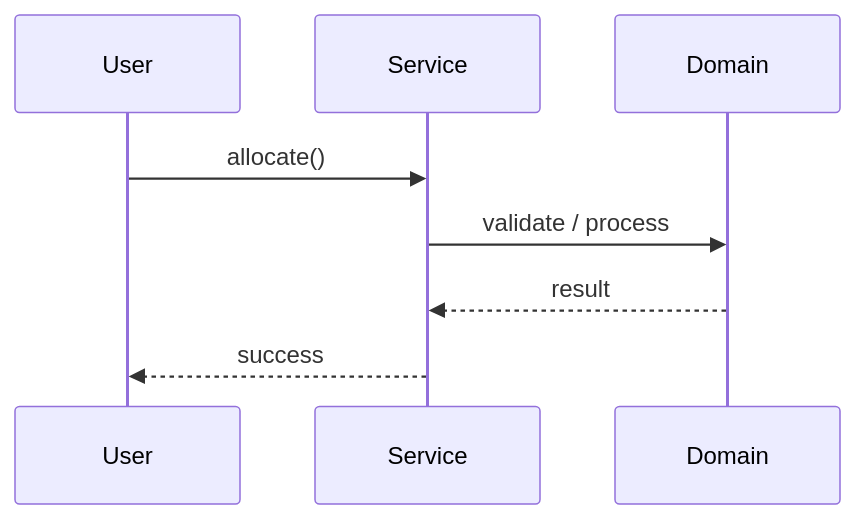
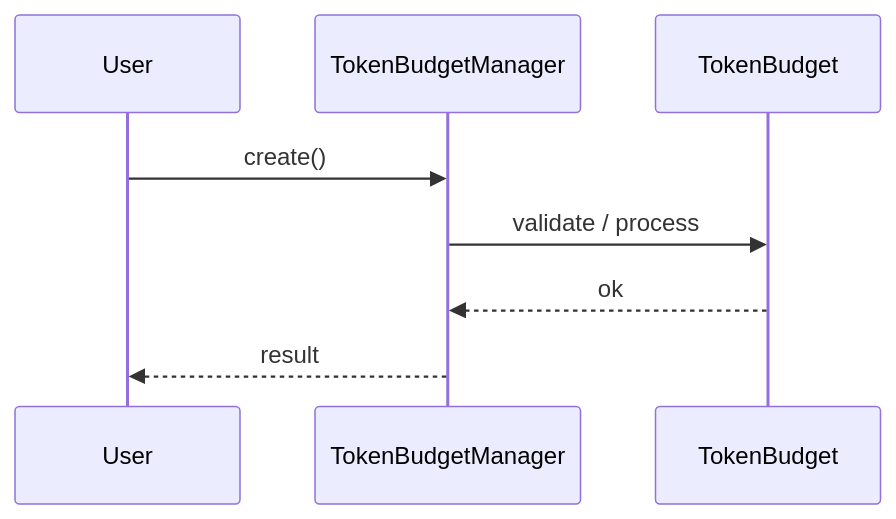
The second of 3 diagrams in Learn/System Design - Low Level Design/05-genai-llm-lld/questions/Q05-token-budget-manager.md (madhupaila/Interview-Prep-SSE), drawn with Mermaid before and after one commit. The commit also changed other lines of this file and 491 other files, not shown here.

````diff
--- a/Learn/System Design - Low Level Design/05-genai-llm-lld/questions/Q05-token-budget-manager.md
+++ b/Learn/System Design - Low Level Design/05-genai-llm-lld/questions/Q05-token-budget-manager.md
@@ -120,10 +150,10 @@
 ```mermaid
 sequenceDiagram
-    participant U as User
-    participant S as Service
-    participant D as Domain
-    U->>S: allocate()
-    S->>D: validate / process
-    D-->>S: result
-    S-->>U: success
+participant U as User
+participant S as TokenBudgetManager
+participant D as TokenBudget
+U->>S: create()
+S->>D: validate / process
+D-->>S: ok
+S-->>U: result
 ```
````
